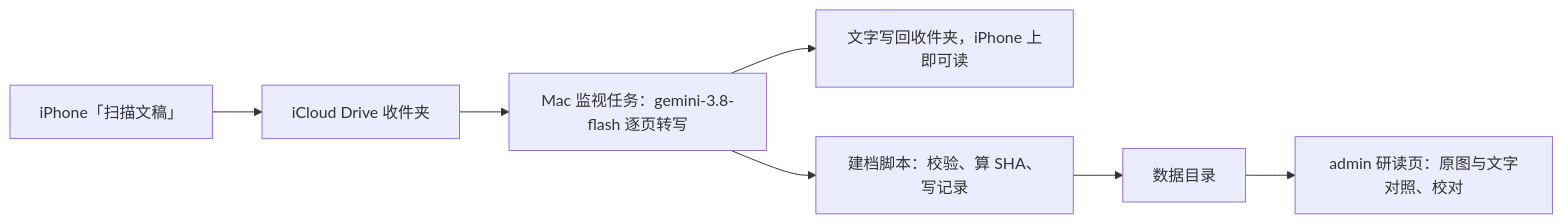
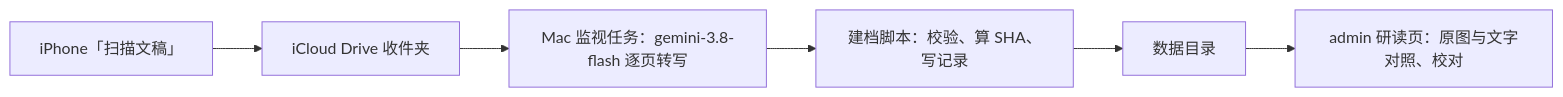
One commit to junyang168/smart-answer changed the diagram in docs/wang-knowledge-platform/60-reference-commentary/reference_commentary_solution_v1.md. Above: the diagram before and after it, drawn with Mermaid. The commit also changed other lines of this file, not shown here.

First line of the commit message:
docs(wang): read reference commentary text in the study page, not inbox files

````diff
--- a/docs/wang-knowledge-platform/60-reference-commentary/reference_commentary_solution_v1.md
+++ b/docs/wang-knowledge-platform/60-reference-commentary/reference_commentary_solution_v1.md
@@ -84,9 +85,8 @@
 ```mermaid
 flowchart LR
     PHOTO["iPhone「扫描文稿」"] --> UPLOAD["iCloud Drive 收件夹"]
     UPLOAD --> READ["Mac 监视任务：gemini-3.8-flash 逐页转写"]
-    READ --> BACK["文字写回收件夹，iPhone 上即可读"]
     READ --> FILE["建档脚本：校验、算 SHA、写记录"]
     FILE --> STORE["数据目录"]
     STORE --> VIEW["admin 研读页：原图与文字对照、校对"]
 ```
````
